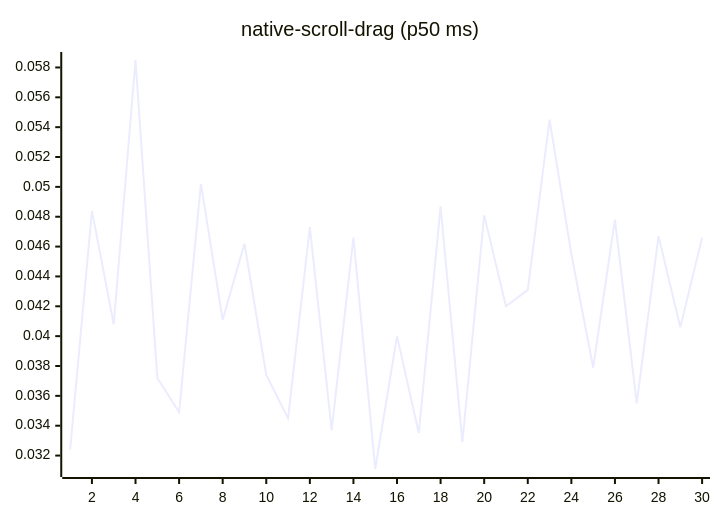
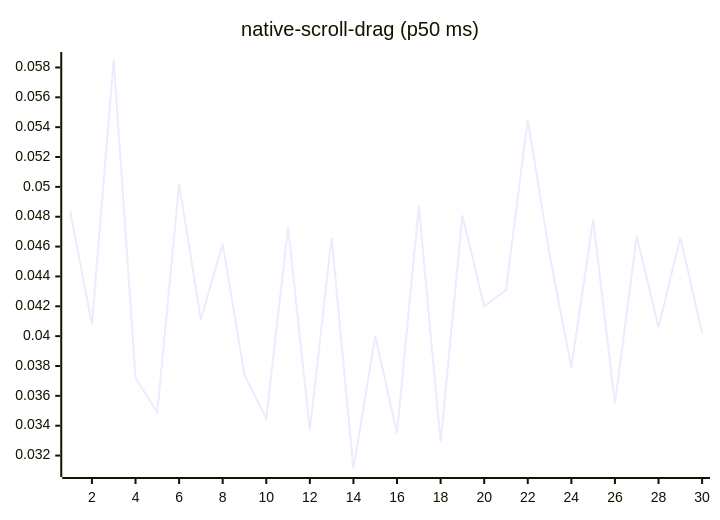
One commit to josha/Facet changed diagram 14 of 27 in README.md. Above: the diagram before and after it, drawn with Mermaid. The commit also changed other lines of this file and 2 other files, not shown here.

````diff
--- a/README.md
+++ b/README.md
@@ -154,6 +154,6 @@
 ```mermaid
 xychart-beta
     title "native-scroll-drag (p50 ms)"
     x-axis 1 --> 30
-    line [0.0324, 0.0484, 0.0408, 0.0585, 0.0372, 0.0349, 0.0502, 0.0411, 0.0462, 0.0374, 0.0345, 0.0473, 0.0337, 0.0466, 0.0311, 0.0400, 0.0335, 0.0487, 0.0329, 0.0481, 0.0420, 0.0431, 0.0545, 0.0455, 0.0379, 0.0478, 0.0355, 0.0467, 0.0406, 0.0466]
+    line [0.0484, 0.0408, 0.0585, 0.0372, 0.0349, 0.0502, 0.0411, 0.0462, 0.0374, 0.0345, 0.0473, 0.0337, 0.0466, 0.0311, 0.0400, 0.0335, 0.0487, 0.0329, 0.0481, 0.0420, 0.0431, 0.0545, 0.0455, 0.0379, 0.0478, 0.0355, 0.0467, 0.0406, 0.0466, 0.0402]
 ```
````
